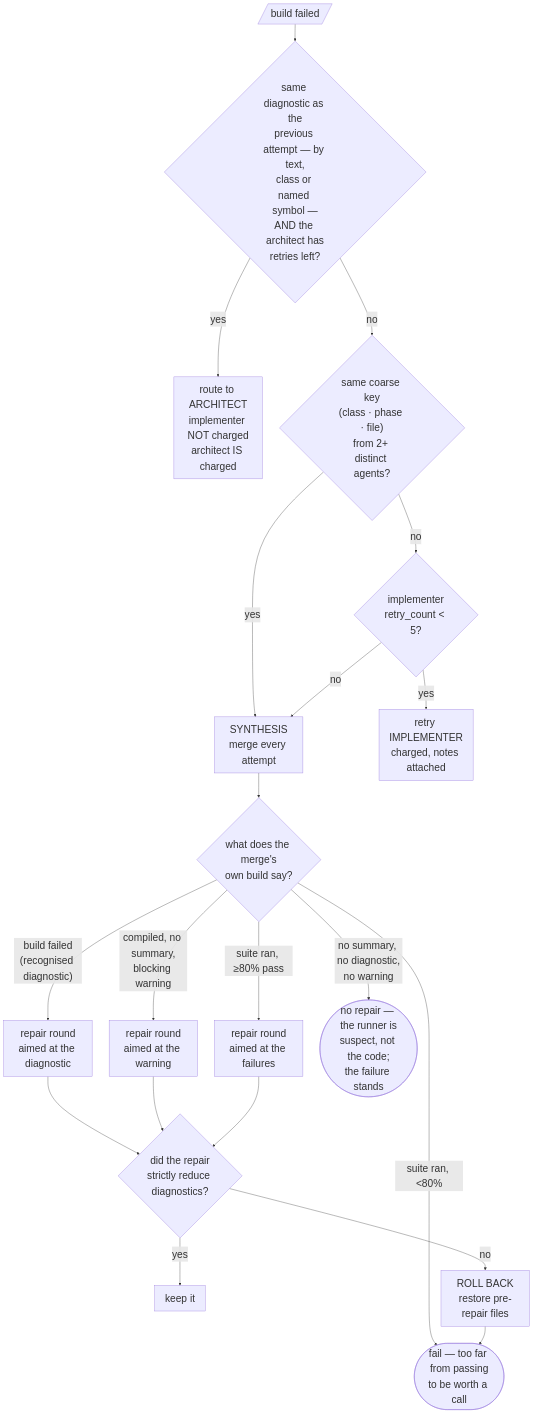
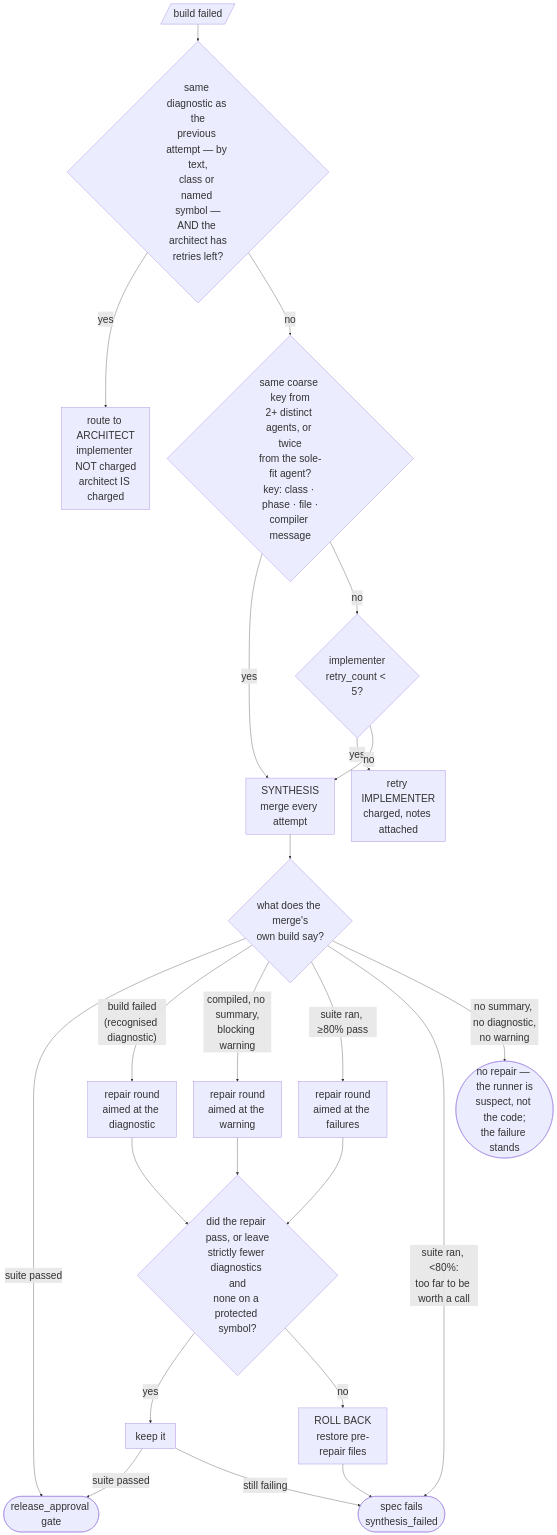
Before and after one commit to keithmerrilliv/coding-model-server: the seventh of 8 diagrams in docs/PIPELINE.md, drawn with Mermaid. The commit also changed other lines of this file and 4 other files, not shown here.

````diff
--- a/docs/PIPELINE.md
+++ b/docs/PIPELINE.md
@@ -349,23 +433,26 @@
 ```mermaid
 %%{init: {'themeVariables': {'fontSize': '30px'}}}%%
 flowchart TD
     F[/build failed/] --> Q1{"same diagnostic as the<br/>previous attempt — by text,<br/>class or named symbol —<br/>AND the architect has<br/>retries left?"}
     Q1 -->|yes| A[route to ARCHITECT<br/>implementer NOT charged<br/>architect IS charged]
-    Q1 -->|no| INV{"same coarse key<br/>(class · phase · file)<br/>from 2+ distinct agents?"}
+    Q1 -->|no| INV{"same coarse key from<br/>2+ distinct agents, or twice<br/>from the sole-fit agent?<br/>key: class · phase · file ·<br/>compiler message"}
     INV -->|yes| S
     INV -->|no| Q2{implementer<br/>retry_count &lt; 5?}
     Q2 -->|yes| I[retry IMPLEMENTER<br/>charged, notes attached]
     Q2 -->|no| S[SYNTHESIS<br/>merge every attempt]
     S --> Q3{"what does the merge's<br/>own build say?"}
+    Q3 -->|suite passed| RG([release_approval gate])
     Q3 -->|"build failed<br/>(recognised diagnostic)"| R1[repair round<br/>aimed at the diagnostic]
     Q3 -->|"compiled, no summary,<br/>blocking warning"| R1B[repair round<br/>aimed at the warning]
     Q3 -->|"suite ran, ≥80% pass"| R2[repair round<br/>aimed at the failures]
-    Q3 -->|"suite ran, &lt;80%"| X([fail — too far from passing<br/>to be worth a call])
+    Q3 -->|"suite ran, &lt;80%:<br/>too far to be worth a call"| X([spec fails<br/>synthesis_failed])
     Q3 -->|"no summary, no diagnostic,<br/>no warning"| X2([no repair — the runner is<br/>suspect, not the code;<br/>the failure stands])
-    R1 --> V{did the repair<br/>strictly reduce diagnostics?}
+    R1 --> V{"did the repair pass, or leave<br/>strictly fewer diagnostics and<br/>none on a protected symbol?"}
     R1B --> V
     R2 --> V
     V -->|yes| K[keep it]
     V -->|no| RB[ROLL BACK<br/>restore pre-repair files]
+    K -->|suite passed| RG
+    K -->|still failing| X
     RB --> X
 ```
````
